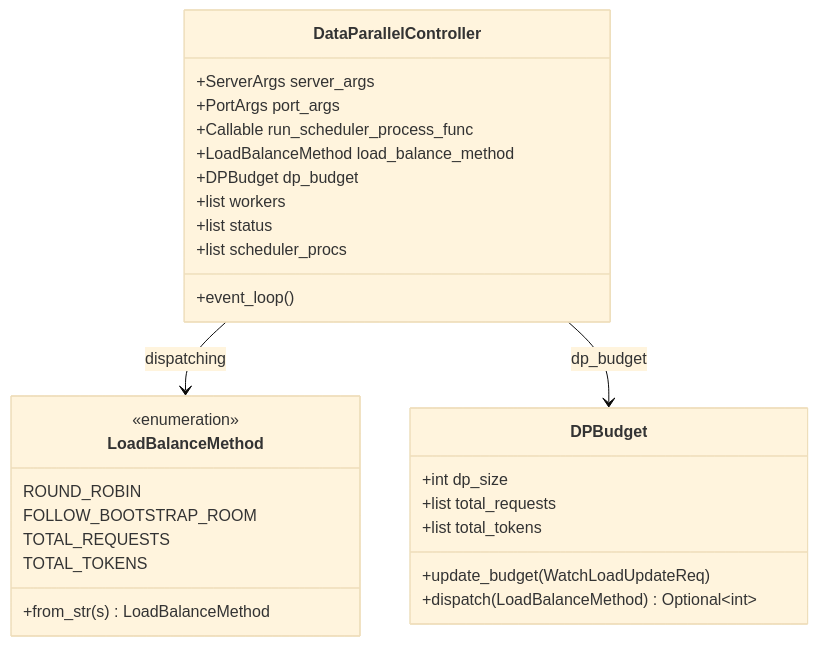
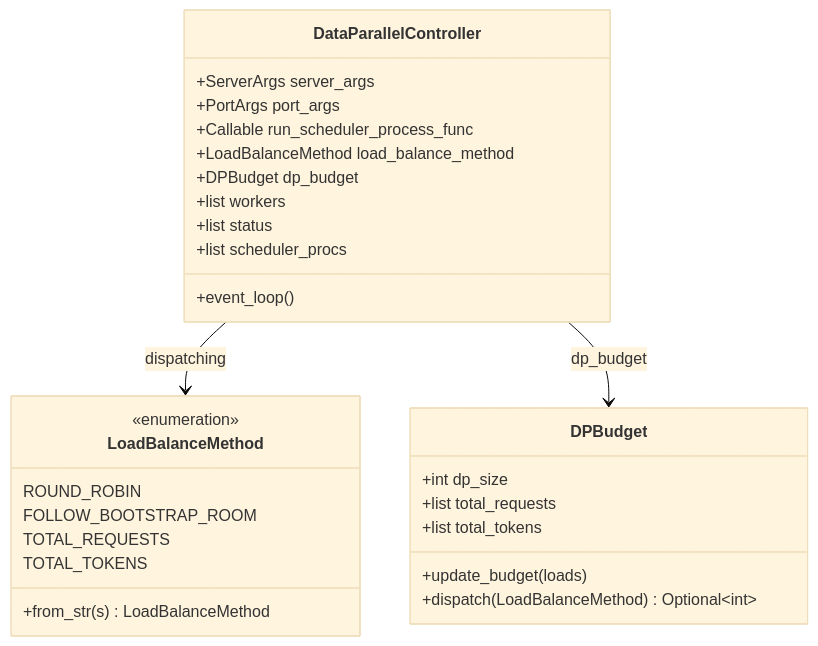
The first of 2 diagrams in sglang/entities/DataParallelController.md (learning-sketch/wiki), drawn with Mermaid (base theme) before and after one commit. The commit also changed other lines of this file and 5 other files, not shown here.

````diff
--- a/sglang/entities/DataParallelController.md
+++ b/sglang/entities/DataParallelController.md
@@ -43,31 +44,31 @@
 ```mermaid
 classDiagram
     class LoadBalanceMethod {
         <<enumeration>>
         ROUND_ROBIN
         FOLLOW_BOOTSTRAP_ROOM
         TOTAL_REQUESTS
         TOTAL_TOKENS
         +from_str(s) LoadBalanceMethod
     }
     class DPBudget {
         +int dp_size
         +list total_requests
         +list total_tokens
-        +update_budget(WatchLoadUpdateReq)
+        +update_budget(loads)
         +dispatch(LoadBalanceMethod) Optional~int~
     }
     class DataParallelController {
         +ServerArgs server_args
         +PortArgs port_args
         +Callable run_scheduler_process_func
         +LoadBalanceMethod load_balance_method
         +DPBudget dp_budget
         +list workers
         +list status
         +list scheduler_procs
         +event_loop()
     }
     DataParallelController --> LoadBalanceMethod : dispatching
     DataParallelController --> DPBudget : dp_budget
 ```
````
